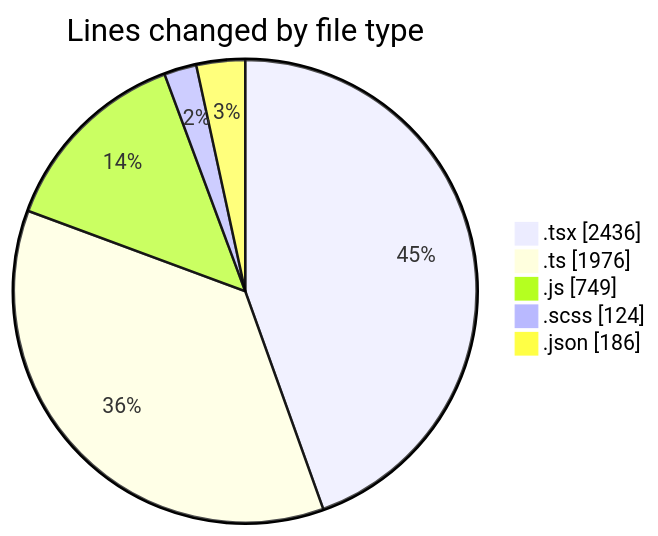
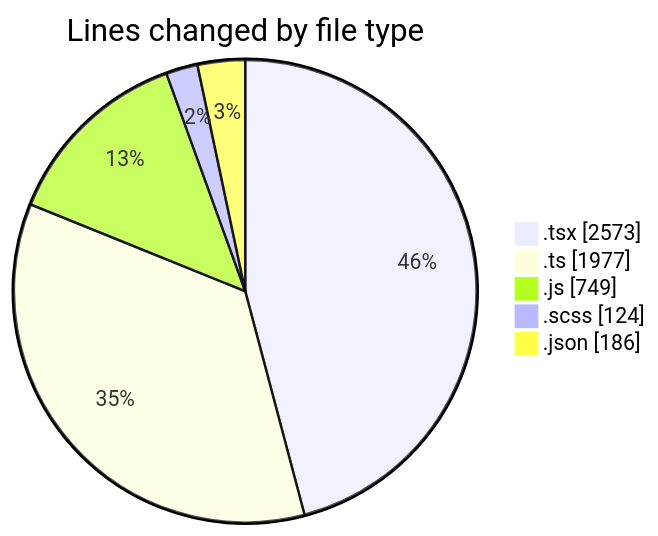
The first of 2 diagrams in 2026-06-11/cda/README.md (momahboobian/code-tracking), drawn with Mermaid before and after one commit. The commit also changed other lines of this file and 1 other file, not shown here.

````diff
--- a/2026-06-11/cda/README.md
+++ b/2026-06-11/cda/README.md
@@ -54,9 +54,9 @@
 ```mermaid
 pie showData
 title Lines changed by file type
-".tsx" : 2436
-".ts" : 1976
+".tsx" : 2573
+".ts" : 1977
 ".js" : 749
 ".scss" : 124
 ".json" : 186
 ```
````
